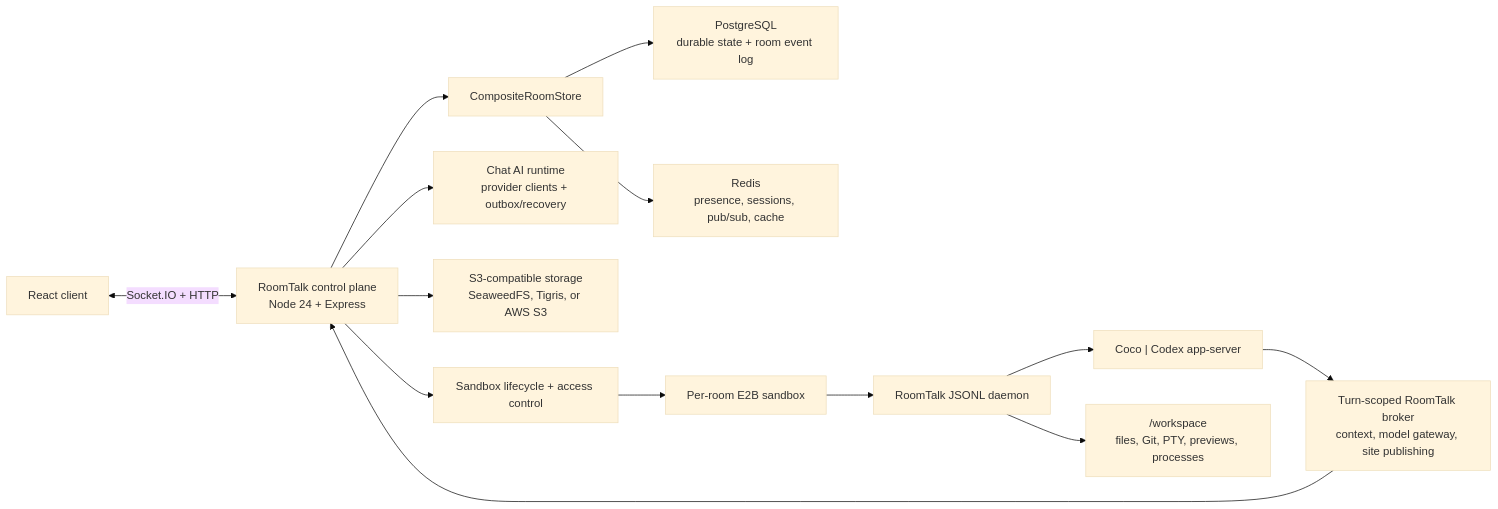
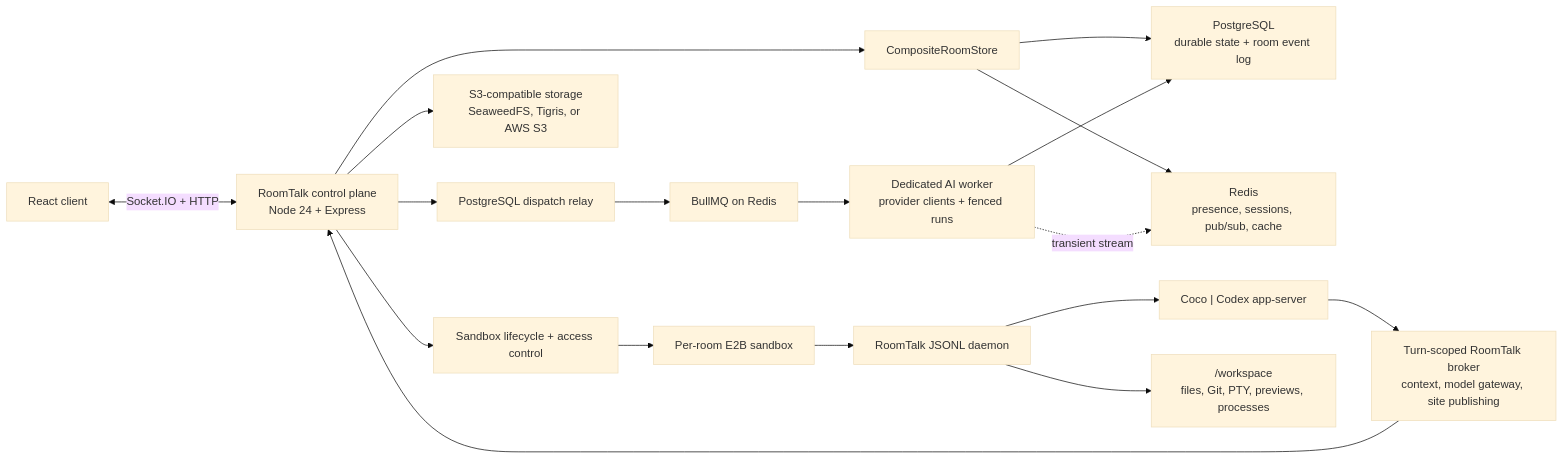
One commit to Skymore/roomtalk changed the first of 3 diagrams in README.md. Above: the diagram before and after it, drawn with Mermaid (base theme). The commit also changed other lines of this file and 37 other files, not shown here.

````diff
--- a/README.md
+++ b/README.md
@@ -54,20 +54,24 @@
 ```mermaid
 flowchart LR
   Browser["React client"] <-->|"Socket.IO + HTTP"| Control["RoomTalk control plane\nNode 24 + Express"]
 
   Control --> Store["CompositeRoomStore"]
   Store --> Durable["PostgreSQL\ndurable state + room event log"]
   Store --> Realtime["Redis\npresence, sessions, pub/sub, cache"]
 
-  Control --> ChatAI["Chat AI runtime\nprovider clients + outbox/recovery"]
+  Control --> Dispatch["PostgreSQL dispatch relay"]
+  Dispatch --> Queue["BullMQ on Redis"]
+  Queue --> ChatAI["Dedicated AI worker\nprovider clients + fenced runs"]
+  ChatAI --> Durable
+  ChatAI -.->|"transient stream"| Realtime
   Control --> Media["S3-compatible storage\nSeaweedFS, Tigris, or AWS S3"]
 
   Control --> Lifecycle["Sandbox lifecycle + access control"]
   Lifecycle --> E2B["Per-room E2B sandbox"]
   E2B --> Daemon["RoomTalk JSONL daemon"]
   Daemon --> Backends["Coco | Codex app-server"]
   Daemon --> Workspace["/workspace\nfiles, Git, PTY, previews, processes"]
 
   Backends --> Broker["Turn-scoped RoomTalk broker\ncontext, model gateway, site publishing"]
   Broker --> Control
 ```
````
